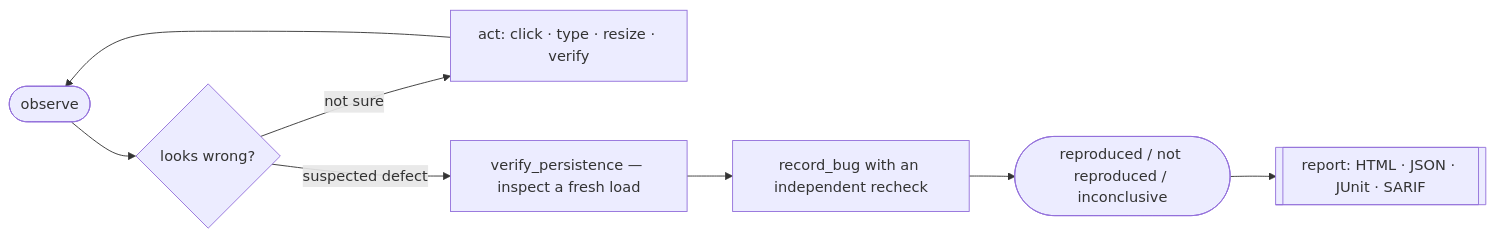
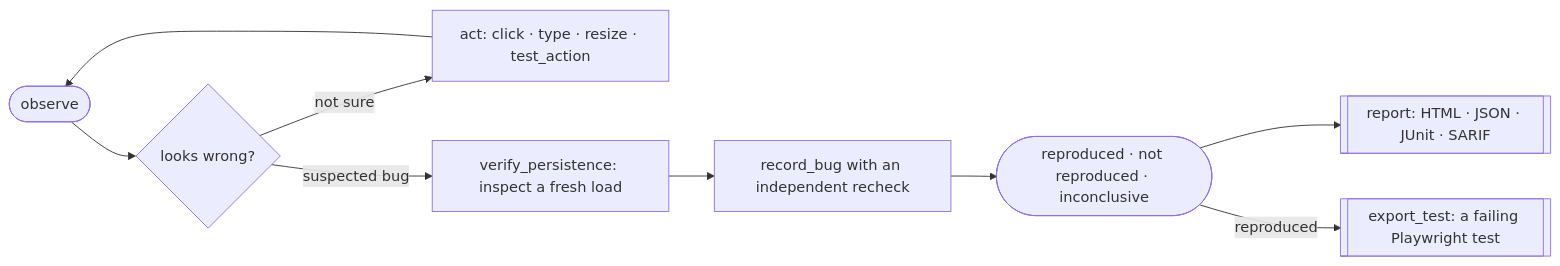
The diagram in README.md (chriswu727/argus), drawn with Mermaid before and after one commit. The commit also changed other lines of this file and 13 other files, not shown here.

````diff
--- a/README.md
+++ b/README.md
@@ -128,10 +182,11 @@
 ```mermaid
 flowchart LR
     A(["observe"]) --> B{"looks wrong?"}
-    B -->|not sure| C["act: click · type · resize · verify"]
+    B -->|not sure| C["act: click · type · resize · test_action"]
     C --> A
-    B -->|suspected defect| D["verify_persistence — inspect a fresh load"]
+    B -->|suspected bug| D["verify_persistence: inspect a fresh load"]
     D --> E["record_bug with an independent recheck"]
-    E --> F(["reproduced / not reproduced / inconclusive"])
+    E --> F(["reproduced · not reproduced · inconclusive"])
     F --> G[["report: HTML · JSON · JUnit · SARIF"]]
+    F -->|reproduced| H[["export_test: a failing Playwright test"]]
 ```
````
